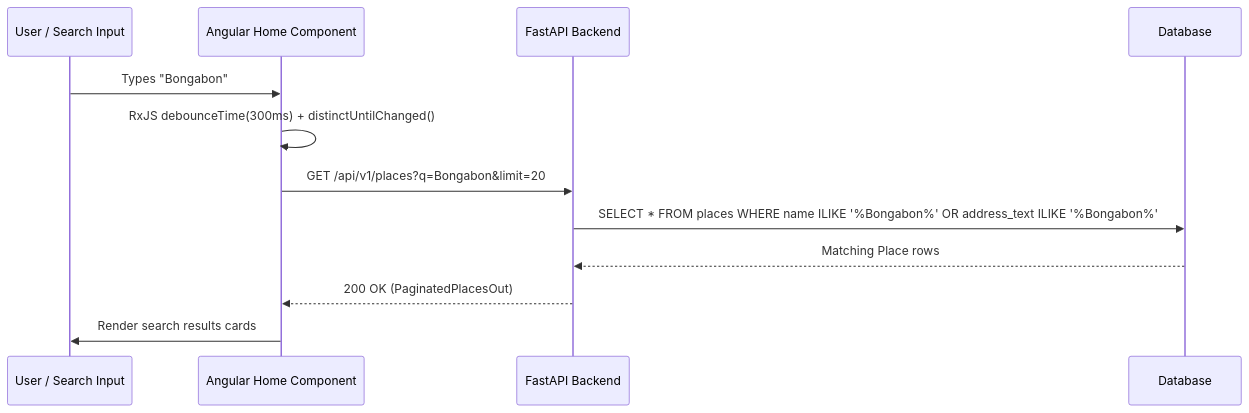
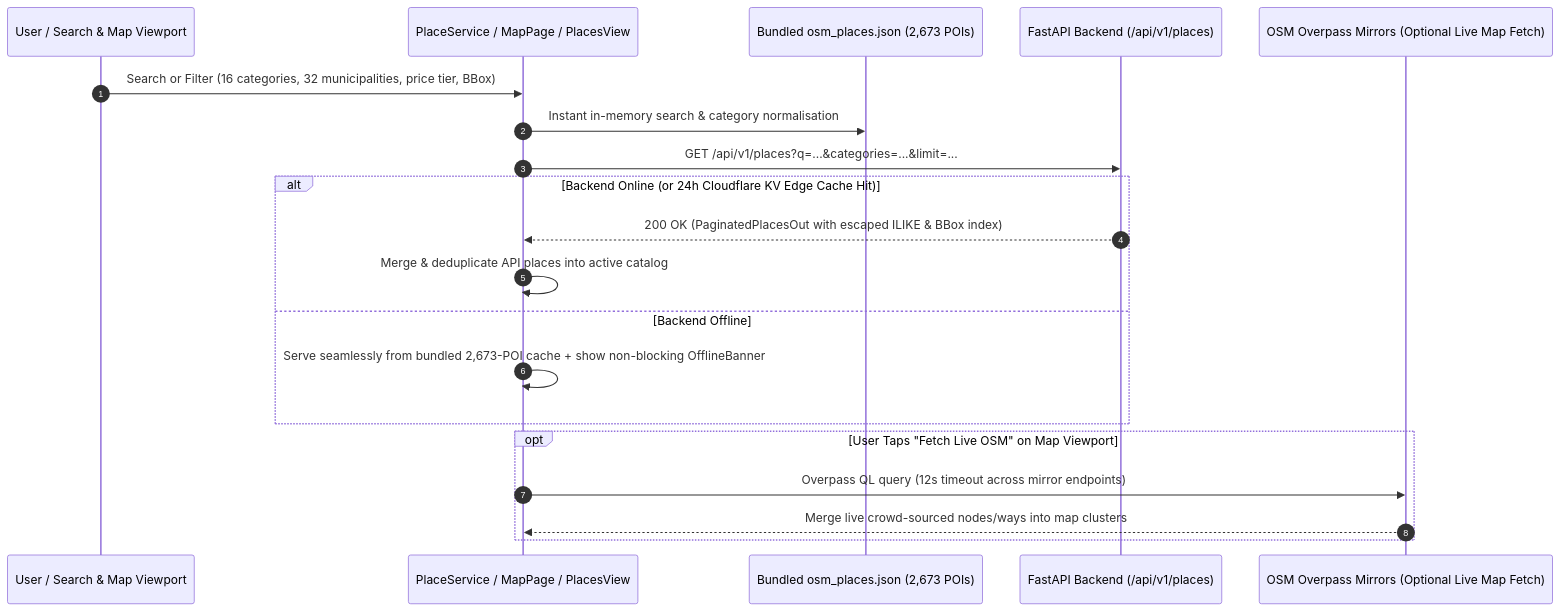
The second of 4 diagrams in docs/SYSTEM_ARCHITECTURE.md (Edselrenz/Itinerary-App), drawn with Mermaid before and after one commit. The commit also changed other lines of this file and 33 other files, not shown here.

````diff
--- a/docs/SYSTEM_ARCHITECTURE.md
+++ b/docs/SYSTEM_ARCHITECTURE.md
@@ -118,15 +154,23 @@
 ```mermaid
 sequenceDiagram
-    participant Traveler as User / Search Input
-    participant Client as Angular Home Component
-    participant API as FastAPI Backend
-    participant DB as Database
+    autonumber
+    participant Traveler as User / Search & Map Viewport
+    participant Client as PlaceService / MapPage / PlacesView
+    participant Local as Bundled osm_places.json (2,673 POIs)
+    participant API as FastAPI Backend (/api/v1/places)
+    participant Overpass as OSM Overpass Mirrors (Optional Live Map Fetch)
 
-    Traveler->>Client: Types "Bongabon"
-    Client->>Client: RxJS debounceTime(300ms) + distinctUntilChanged()
-    Client->>API: GET /api/v1/places?q=Bongabon&limit=20
-    API->>DB: SELECT * FROM places WHERE name ILIKE '%Bongabon%' OR address_text ILIKE '%Bongabon%'
-    DB-->>API: Matching Place rows
-    API-->>Client: 200 OK (PaginatedPlacesOut)
-    Client->>Traveler: Render search results cards
+    Traveler->>Client: Search or Filter (16 categories, 32 municipalities, price tier, BBox)
+    Client->>Local: Instant in-memory search & category normalisation
+    Client->>API: GET /api/v1/places?q=...&categories=...&limit=...
+    alt Backend Online (or 24h Cloudflare KV Edge Cache Hit)
+        API-->>Client: 200 OK (PaginatedPlacesOut with escaped ILIKE & BBox index)
+        Client->>Client: Merge & deduplicate API places into active catalog
+    else Backend Offline
+        Client->>Client: Serve seamlessly from bundled 2,673-POI cache + show non-blocking OfflineBanner
+    end
+    opt User Taps "Fetch Live OSM" on Map Viewport
+        Client->>Overpass: Overpass QL query (12s timeout across mirror endpoints)
+        Overpass-->>Client: Merge live crowd-sourced nodes/ways into map clusters
+    end
 ```
````
